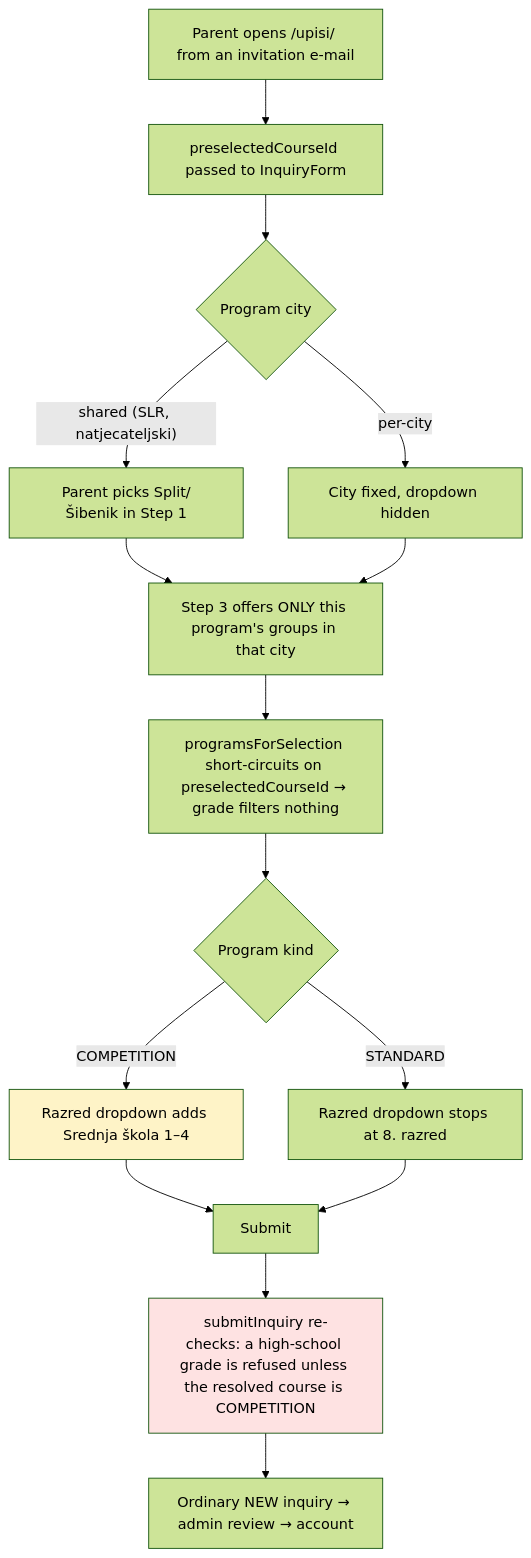
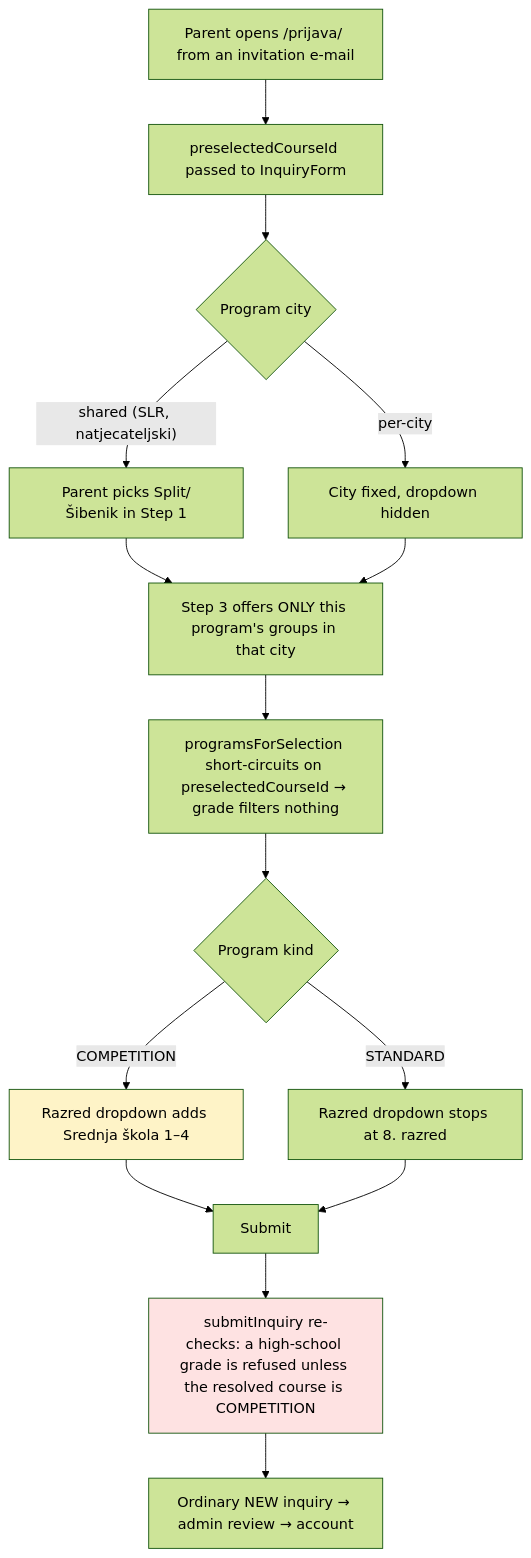
One commit to jpucic00/inovatic changed diagram 11 of 15 in docs/diagrams/enrollment-rules.md. Above: the diagram before and after it, drawn with Mermaid (forest theme). The commit also changed other lines of this file and 72 other files, not shown here.

````diff
--- a/docs/diagrams/enrollment-rules.md
+++ b/docs/diagrams/enrollment-rules.md
@@ -372,20 +372,20 @@
 ```mermaid
 flowchart TD
-    A["Parent opens /upisi/<slug> from an invitation e-mail"] --> B[preselectedCourseId passed to InquiryForm]
+    A["Parent opens /prijava/<slug> from an invitation e-mail"] --> B[preselectedCourseId passed to InquiryForm]
     B --> C{Program city}
     C -->|"shared (SLR, natjecateljski)"| C1[Parent picks Split/Šibenik in Step 1]
     C -->|per-city| C2[City fixed, dropdown hidden]
     C1 --> D[Step 3 offers ONLY this program's groups in that city]
     C2 --> D
     D --> E["programsForSelection short-circuits on preselectedCourseId → grade filters nothing"]
     E --> F{Program kind}
     F -->|COMPETITION| G["Razred dropdown adds Srednja škola 1–4"]
     F -->|STANDARD| H[Razred dropdown stops at 8. razred]
     G --> I[Submit]
     H --> I
     I --> J["submitInquiry re-checks: a high-school grade is refused unless the resolved course is COMPETITION"]
     J --> K[Ordinary NEW inquiry → admin review → account]
 
     style G fill:#fef3c7
     style J fill:#fee2e2
 ```
````
